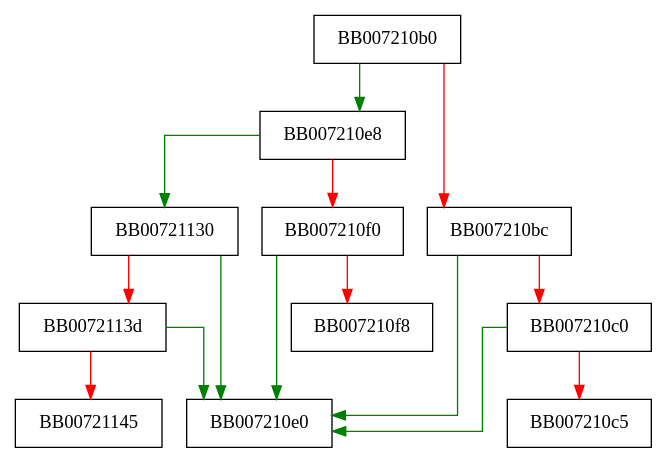
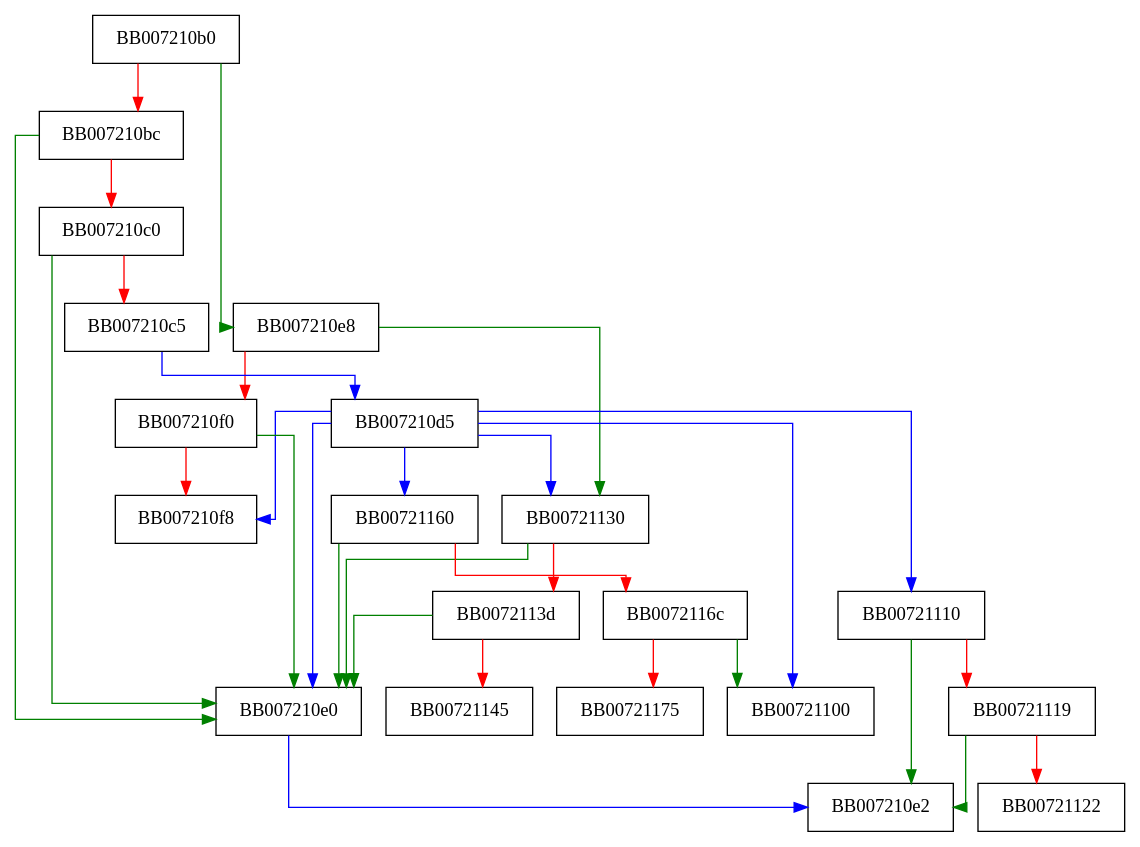
The diagram in openssl-static-gcc-dwarf/007210b0.dot (v-p-b/ghidra-function-graph-datasets), drawn with Graphviz before and after one commit. The commit also changed 16867 other files, not shown here.

```diff
--- a/openssl-static-gcc-dwarf/007210b0.dot
+++ b/openssl-static-gcc-dwarf/007210b0.dot
@@ -1,18 +1,34 @@
 digraph readbuffer_ctrl {
   node [shape="box"];
   graph [splines=ortho];
   BB007210b0 -> BB007210e8 [color="green"];
   BB007210b0 -> BB007210bc [color="red"];
   BB007210bc -> BB007210e0 [color="green"];
   BB007210bc -> BB007210c0 [color="red"];
   BB007210c0 -> BB007210e0 [color="green"];
   BB007210c0 -> BB007210c5 [color="red"];
+  BB007210c5 -> BB007210d5 [color="blue"];
+  BB007210d5 -> BB00721130 [color="blue"];
+  BB007210d5 -> BB00721160 [color="blue"];
+  BB007210d5 -> BB007210f8 [color="blue"];
+  BB007210d5 -> BB007210e0 [color="blue"];
+  BB007210d5 -> BB00721110 [color="blue"];
+  BB007210d5 -> BB00721100 [color="blue"];
+  BB007210e0 -> BB007210e2 [color="blue"];
   BB007210e8 -> BB00721130 [color="green"];
   BB007210e8 -> BB007210f0 [color="red"];
   BB007210f0 -> BB007210e0 [color="green"];
   BB007210f0 -> BB007210f8 [color="red"];
+  BB00721110 -> BB007210e2 [color="green"];
+  BB00721110 -> BB00721119 [color="red"];
+  BB00721119 -> BB007210e2 [color="green"];
+  BB00721119 -> BB00721122 [color="red"];
   BB00721130 -> BB007210e0 [color="green"];
   BB00721130 -> BB0072113d [color="red"];
   BB0072113d -> BB007210e0 [color="green"];
   BB0072113d -> BB00721145 [color="red"];
+  BB00721160 -> BB007210e0 [color="green"];
+  BB00721160 -> BB0072116c [color="red"];
+  BB0072116c -> BB00721100 [color="green"];
+  BB0072116c -> BB00721175 [color="red"];
 }
```
